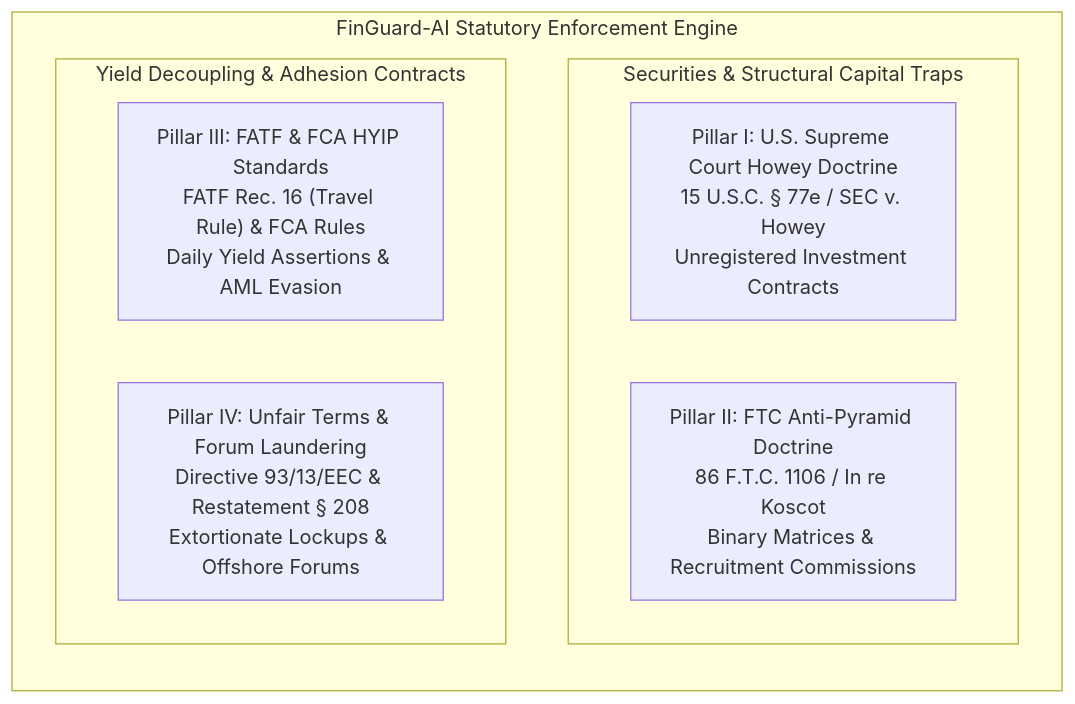
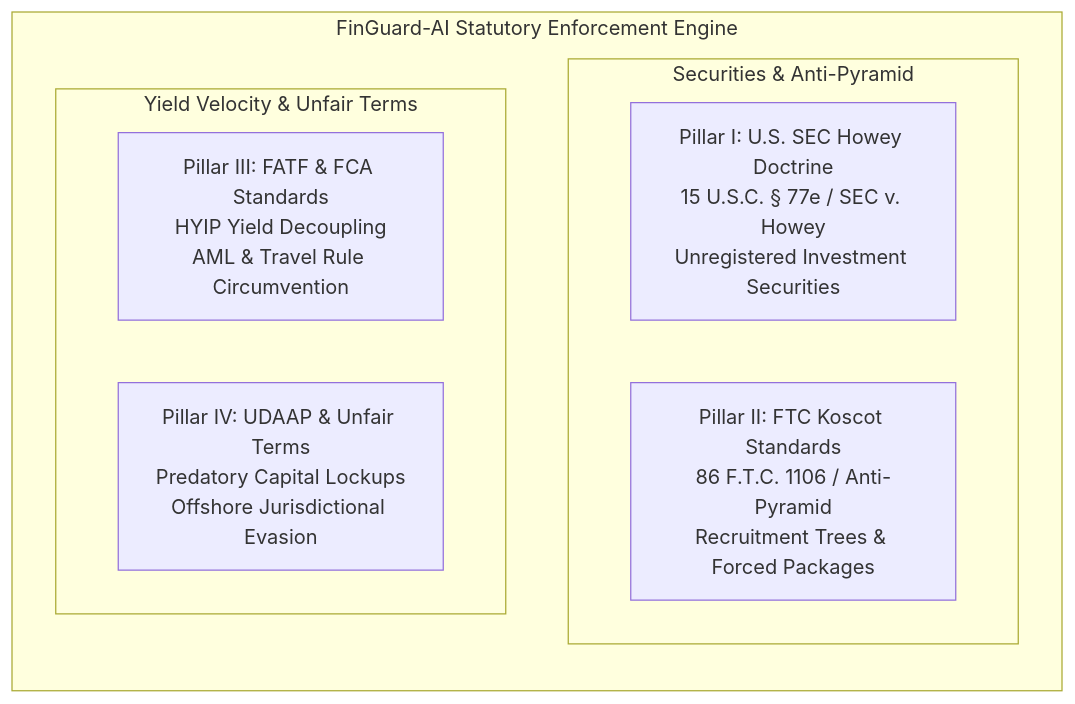
Before and after one commit to nnn14092004-cyber/finguard-ai: the first of 2 diagrams in README.md, drawn with Mermaid. The commit also changed other lines of this file and 1 other file, not shown here.

Commit message:
docs(positioning): align architecture narrative to high-performance regulatory audit and clean architecture

````diff
--- a/README.md
+++ b/README.md
@@ -36,14 +35,14 @@
 ```mermaid
 flowchart TD
     subgraph Core ["FinGuard-AI Statutory Enforcement Engine"]
         direction TB
-        subgraph Col1 ["Securities & Structural Capital Traps"]
-            P1["Pillar I: U.S. Supreme Court Howey Doctrine<br/>15 U.S.C. § 77e / SEC v. Howey<br/>Unregistered Investment Contracts"]
-            P2["Pillar II: FTC Anti-Pyramid Doctrine<br/>86 F.T.C. 1106 / In re Koscot<br/>Binary Matrices & Recruitment Commissions"]
+        subgraph Col1 ["Securities & Anti-Pyramid"]
+            P1["Pillar I: U.S. SEC Howey Doctrine<br/>15 U.S.C. § 77e / SEC v. Howey<br/>Unregistered Investment Securities"]
+            P2["Pillar II: FTC Koscot Standards<br/>86 F.T.C. 1106 / Anti-Pyramid<br/>Recruitment Trees & Forced Packages"]
         end
-        subgraph Col2 ["Yield Decoupling & Adhesion Contracts"]
-            P3["Pillar III: FATF & FCA HYIP Standards<br/>FATF Rec. 16 (Travel Rule) & FCA Rules<br/>Daily Yield Assertions & AML Evasion"]
-            P4["Pillar IV: Unfair Terms & Forum Laundering<br/>Directive 93/13/EEC & Restatement § 208<br/>Extortionate Lockups & Offshore Forums"]
+        subgraph Col2 ["Yield Velocity & Unfair Terms"]
+            P3["Pillar III: FATF & FCA Standards<br/>HYIP Yield Decoupling<br/>AML & Travel Rule Circumvention"]
+            P4["Pillar IV: UDAAP & Unfair Terms<br/>Predatory Capital Lockups<br/>Offshore Jurisdictional Evasion"]
         end
     end
 ```
````
